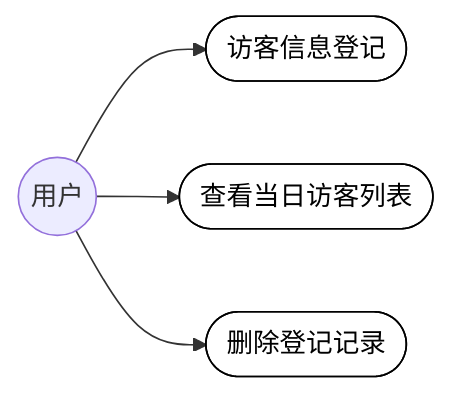
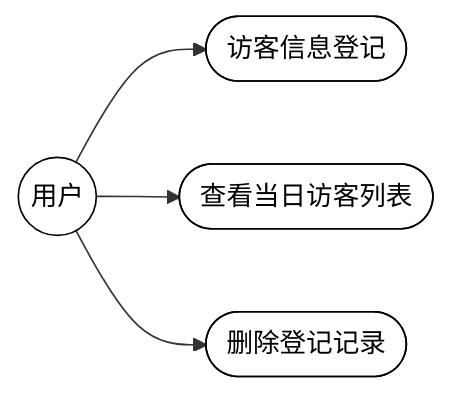
One commit to carl-Tu/campus-management changed the second of 24 diagrams in docs/功能需求分析与用例图.md. Above: the diagram before and after it, drawn with Mermaid. The commit also changed other lines of this file, not shown here.

Commit message:
fix：图形统一白色背景黑色边框，样式覆盖全部节点

````diff
--- a/docs/功能需求分析与用例图.md
+++ b/docs/功能需求分析与用例图.md
@@ -45,14 +45,14 @@
 ```mermaid
 flowchart LR
   User(("用户"))
   UC1(["访客信息登记"])
   UC2(["查看当日访客列表"])
   UC3(["删除登记记录"])
 
   User --> UC1
   User --> UC2
   User --> UC3
 
   classDef uc fill:#ffffff,stroke:#000000,stroke-width:1px,color:#000000
-  class UC1,UC2,UC3 uc
+  class User,UC1,UC2,UC3 uc
 ```
````
